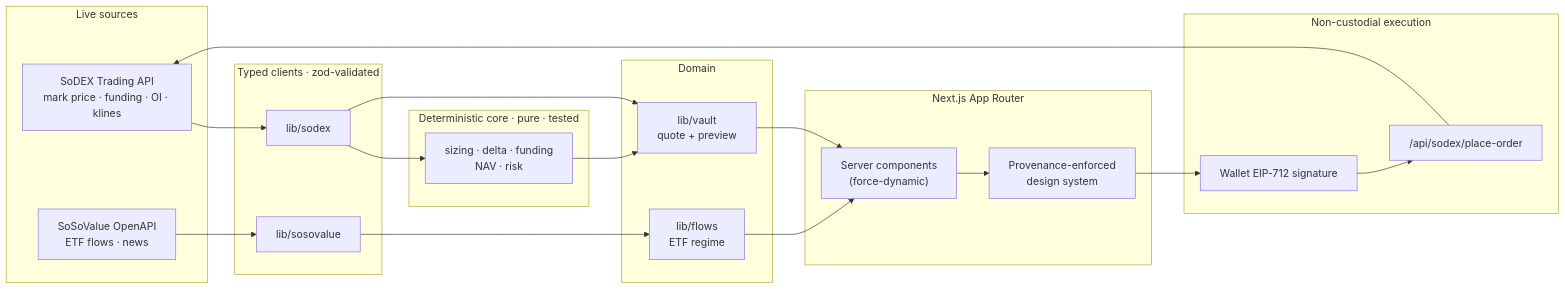
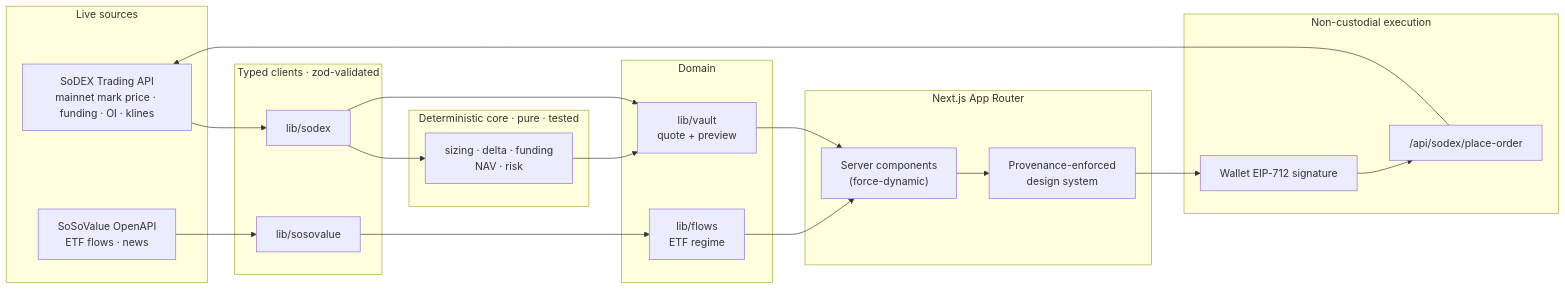
Before and after one commit to Ritik200238/BasisDesk: the diagram in README.md, drawn with Mermaid. The commit also changed other lines of this file and 10 other files, not shown here.

````diff
--- a/README.md
+++ b/README.md
@@ -74,39 +104,39 @@
 ```mermaid
 flowchart LR
   subgraph live["Live sources"]
-    A1["SoDEX Trading API<br/>mark price · funding · OI · klines"]
+    A1["SoDEX Trading API<br/>mainnet mark price · funding · OI · klines"]
     A2["SoSoValue OpenAPI<br/>ETF flows · news"]
   end
   subgraph clients["Typed clients · zod-validated"]
     B1["lib/sodex"]
     B2["lib/sosovalue"]
   end
   subgraph core["Deterministic core · pure · tested"]
     C1["sizing · delta · funding<br/>NAV · risk"]
   end
   subgraph domain["Domain"]
     D1["lib/vault<br/>quote + preview"]
     D2["lib/flows<br/>ETF regime"]
   end
   subgraph ui["Next.js App Router"]
     E1["Server components<br/>(force-dynamic)"]
     E2["Provenance-enforced<br/>design system"]
   end
   subgraph exec["Non-custodial execution"]
     F1["Wallet EIP-712 signature"]
     F2["/api/sodex/place-order"]
   end
 
   A1 --> B1
   A2 --> B2
   B1 --> C1
   B1 --> D1
   B2 --> D2
   C1 --> D1
   D1 --> E1
   D2 --> E1
   E1 --> E2
   E2 --> F1
   F1 --> F2
   F2 --> A1
 ```
````
